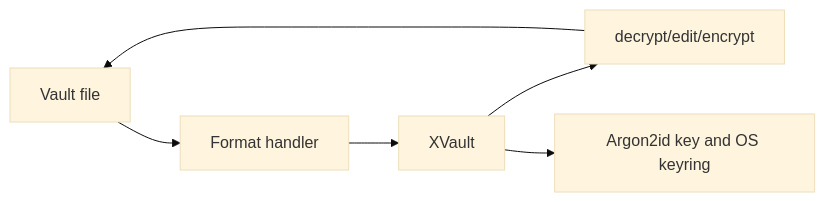
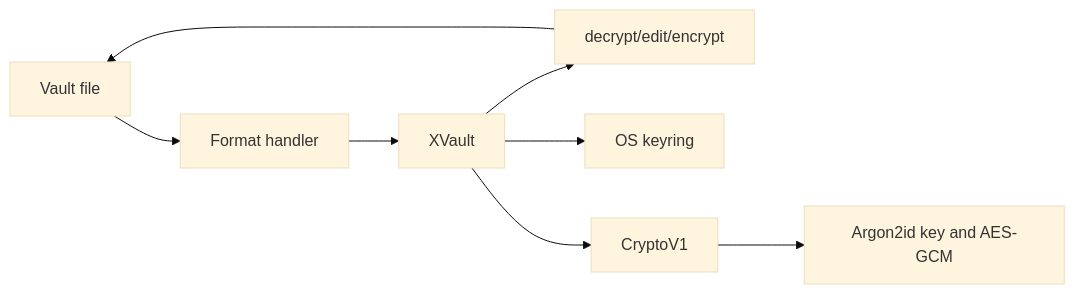
Before and after one commit to marcdp/xvault: the diagram in docs/internals.md, drawn with Mermaid (base theme). The commit also changed other lines of this file and 6 other files, not shown here.

````diff
--- a/docs/internals.md
+++ b/docs/internals.md
@@ -11,8 +11,10 @@
 ```mermaid
 flowchart LR
   F[Vault file] --> H[Format handler]
   H --> X[XVault]
   X --> E[decrypt/edit/encrypt]
-  X --> K[Argon2id key and OS keyring]
+  X --> K[OS keyring]
+  X --> C[CryptoV1]
+  C --> A[Argon2id key and AES-GCM]
   E --> F
 ```
````
